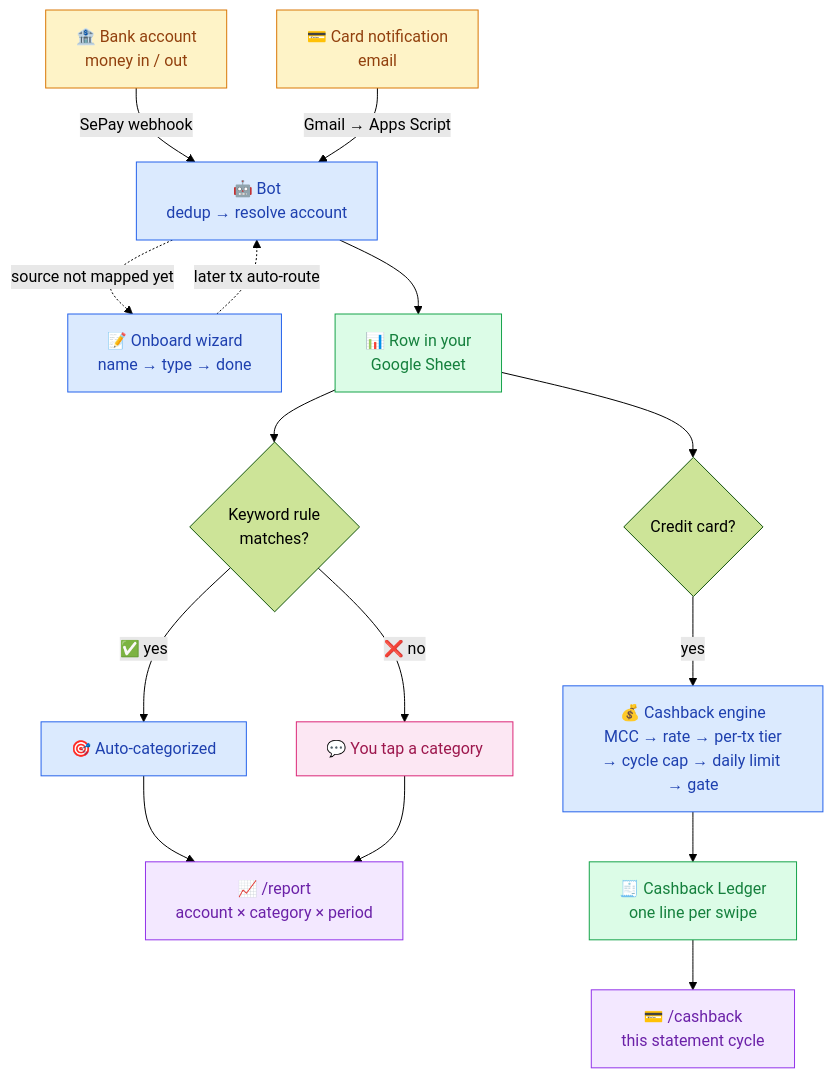
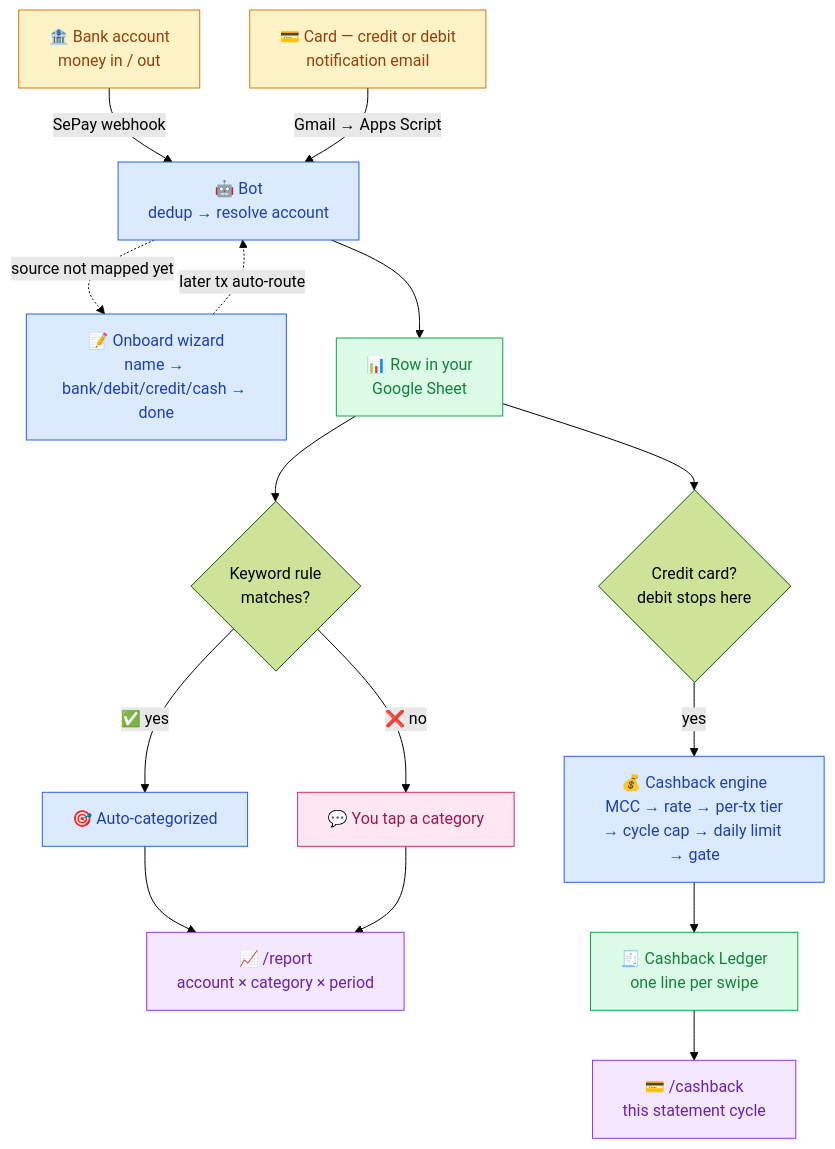
The diagram in README.md (maingocanh1702/my-money-went-bot), drawn with Mermaid (forest theme) before and after one commit. The commit also changed other lines of this file and 9 other files, not shown here.

````diff
--- a/README.md
+++ b/README.md
@@ -32,28 +92,28 @@
 ```mermaid
 flowchart TD
     A[🏦 Bank account<br/>money in / out] -->|SePay webhook| B[🤖 Bot<br/>dedup → resolve account]
-    A2[💳 Card notification<br/>email] -->|Gmail → Apps Script| B
-    B -.->|source not mapped yet| I[📝 Onboard wizard<br/>name → type → done]
+    A2[💳 Card — credit or debit<br/>notification email] -->|Gmail → Apps Script| B
+    B -.->|source not mapped yet| I[📝 Onboard wizard<br/>name → bank/debit/credit/cash → done]
     I -.->|later tx auto-route| B
     B --> C[📊 Row in your<br/>Google Sheet]
     C --> D{Keyword rule<br/>matches?}
     D -->|✅ yes| E[🎯 Auto-categorized]
     D -->|❌ no| F[💬 You tap a category]
     E --> H[📈 /report<br/>account × category × period]
     F --> H
-    C --> K{Credit card?}
+    C --> K{Credit card?<br/>debit stops here}
     K -->|yes| L[💰 Cashback engine<br/>MCC → rate → per-tx tier<br/>→ cycle cap → daily limit → gate]
     L --> M[🧾 Cashback Ledger<br/>one line per swipe]
     M --> N[💳 /cashback<br/>this statement cycle]
 
     classDef bank fill:#fef3c7,stroke:#d97706,color:#92400e
     classDef bot fill:#dbeafe,stroke:#2563eb,color:#1e40af
     classDef store fill:#dcfce7,stroke:#16a34a,color:#15803d
     classDef user fill:#fce7f3,stroke:#db2777,color:#9d174d
     classDef out fill:#f3e8ff,stroke:#9333ea,color:#6b21a8
     class A,A2 bank
     class B,E,I,L bot
     class C,M store
     class F user
     class H,N out
 ```
````
